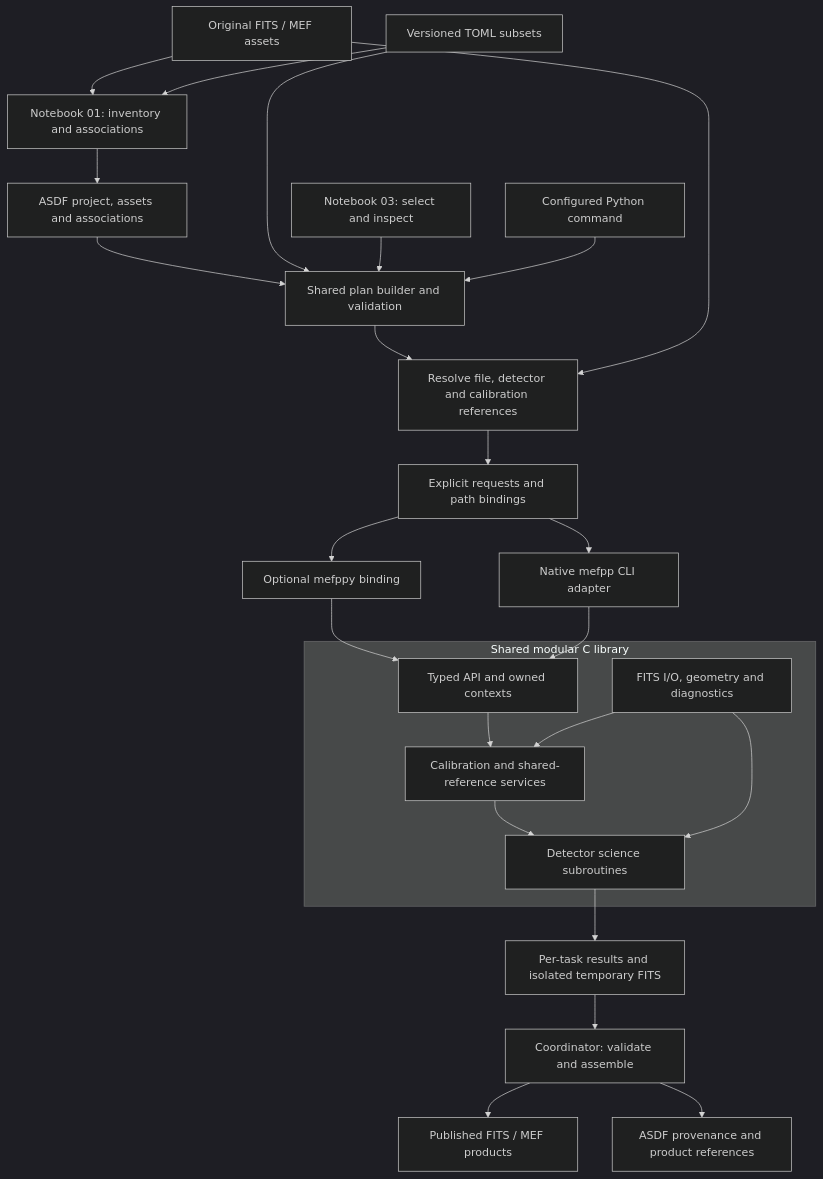
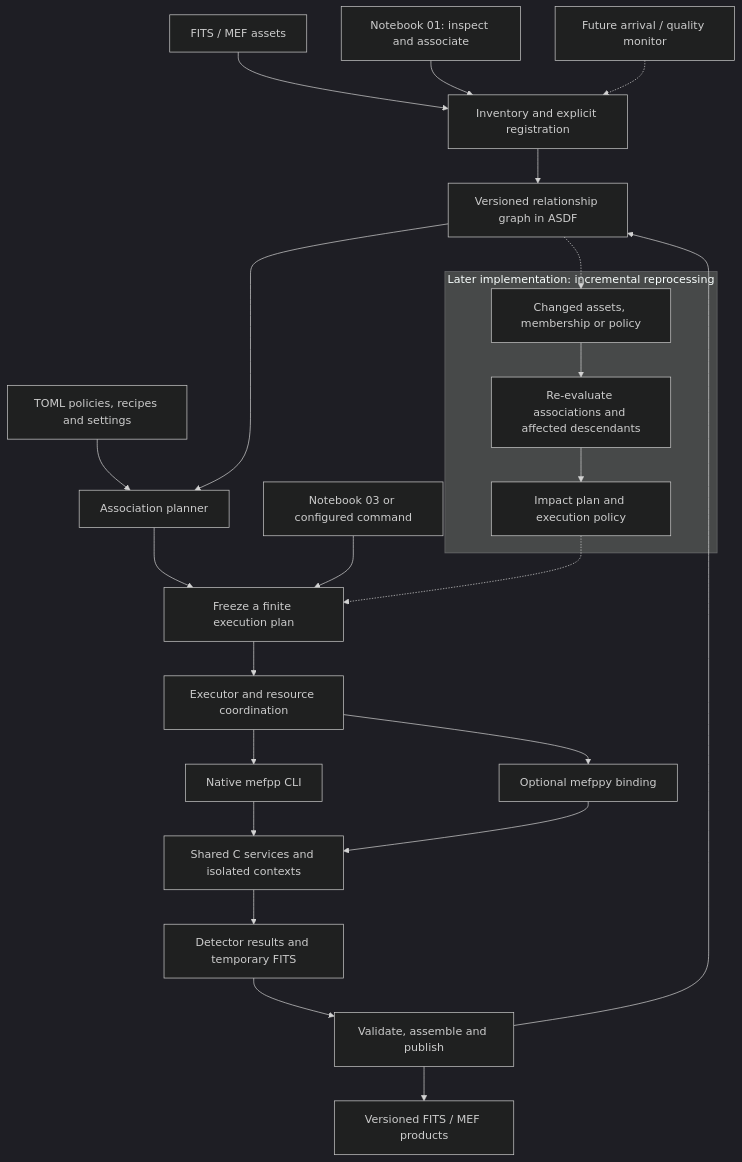
One commit to fselman/wenu-imaging changed the diagram in docs/architecture/proposed/pycavi-mefpp.md. Above: the diagram before and after it, drawn with Mermaid (dark theme). The commit also changed other lines of this file and 3 other files, not shown here.

Commit message:
docs: include versioned dependencies and future incremental reprocessing in target architecture

````diff
--- a/docs/architecture/proposed/pycavi-mefpp.md
+++ b/docs/architecture/proposed/pycavi-mefpp.md
@@ -27,27 +21,28 @@
 ```mermaid
 flowchart TD
-    RAW["Original FITS / MEF assets"] --> N01["Notebook 01: inventory and associations"]
-    TOML["Versioned TOML subsets"] --> N01
-    N01 --> ASDF["ASDF project, assets and associations"]
-    ASDF --> PLAN["Shared plan builder and validation"]
-    TOML --> PLAN
-    N03["Notebook 03: select and inspect"] --> PLAN
-    SCRIPT["Configured Python command"] --> PLAN
-    PLAN --> RESOLVE["Resolve file, detector and calibration references"]
-    RAW --> RESOLVE
-    RESOLVE --> REQUEST["Explicit requests and path bindings"]
-    REQUEST --> PYAPI["Optional mefppy binding"]
-    REQUEST --> CLI["Native mefpp CLI adapter"]
-    subgraph CORE["Shared modular C library"]
-        API["Typed API and owned contexts"] --> CAL["Calibration and shared-reference services"]
-        CAL --> DET["Detector science subroutines"]
-        SUPPORT["FITS I/O, geometry and diagnostics"] --> CAL
-        SUPPORT --> DET
+    RAW["FITS / MEF assets"] --> INGEST["Inventory and explicit registration"]
+    NB01["Notebook 01: inspect and associate"] --> INGEST
+    ARRIVAL["Future arrival / quality monitor"] -.-> INGEST
+    INGEST --> GRAPH["Versioned relationship graph in ASDF"]
+    TOML["TOML policies, recipes and settings"] --> ASSOC["Association planner"]
+    GRAPH --> ASSOC
+    ASSOC --> PLAN["Freeze a finite execution plan"]
+    MANUAL["Notebook 03 or configured command"] --> PLAN
+
+    subgraph FUTURE["Later implementation: incremental reprocessing"]
+        EVENT["Changed assets, membership or policy"] --> IMPACT["Re-evaluate associations and affected descendants"]
+        IMPACT --> REVIEW["Impact plan and execution policy"]
     end
-    PYAPI --> API
-    CLI --> API
-    DET --> RESULT["Per-task results and isolated temporary FITS"]
-    RESULT --> COMMIT["Coordinator: validate and assemble"]
-    COMMIT --> FITS["Published FITS / MEF products"]
-    COMMIT --> RECORD["ASDF provenance and product references"]
+    GRAPH -.-> EVENT
+    REVIEW -.-> PLAN
+
+    PLAN --> EXEC["Executor and resource coordination"]
+    EXEC --> CLI["Native mefpp CLI"]
+    EXEC --> BIND["Optional mefppy binding"]
+    CLI --> CORE["Shared C services and isolated contexts"]
+    BIND --> CORE
+    CORE --> RESULT["Detector results and temporary FITS"]
+    RESULT --> PUB["Validate, assemble and publish"]
+    PUB --> FITS["Versioned FITS / MEF products"]
+    PUB --> GRAPH
 ```
````
